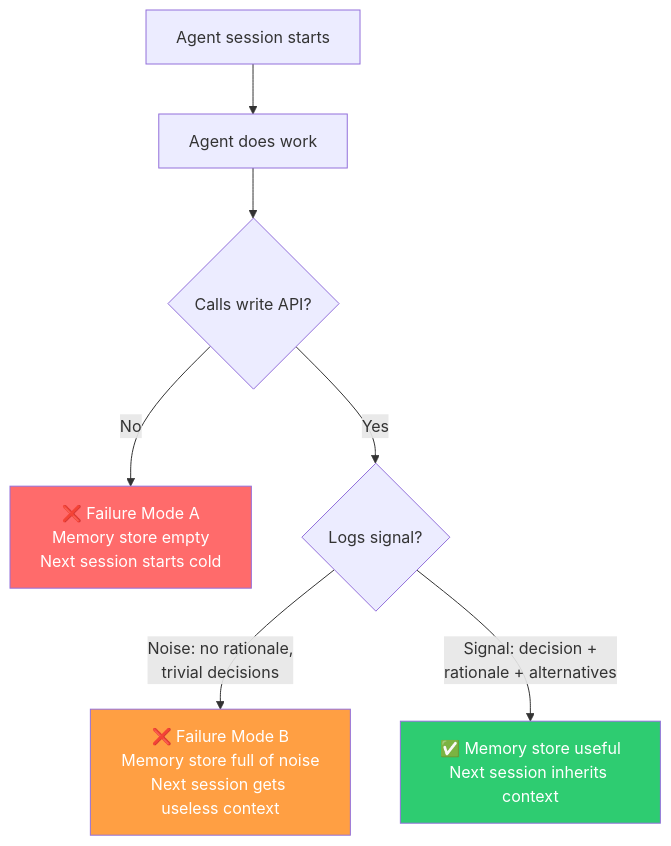
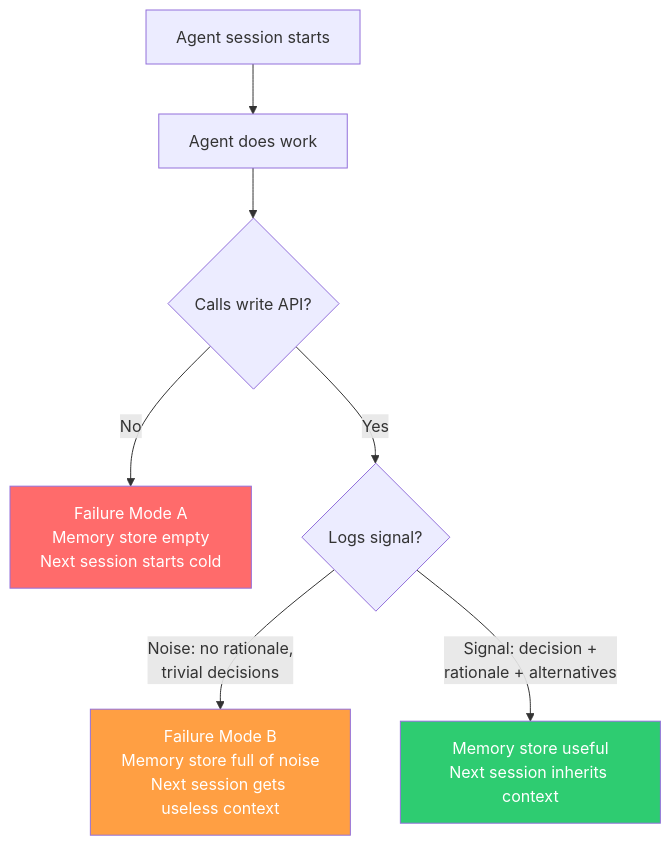
Before and after one commit to skalrn/purpl_brain: the first of 2 diagrams in docs/articles/medium-agent-memory-two-failure-modes.md, drawn with Mermaid. The commit also changed other lines of this file and 204 other files, not shown here.

````diff
--- a/docs/articles/medium-agent-memory-two-failure-modes.md
+++ b/docs/articles/medium-agent-memory-two-failure-modes.md
@@ -32,13 +32,13 @@
 ```mermaid
 flowchart TD
     A[Agent session starts] --> B[Agent does work]
     B --> C{Calls write API?}
-    C -->|No| D[❌ Failure Mode A\nMemory store empty\nNext session starts cold]
+    C -->|No| D[Failure Mode A\nMemory store empty\nNext session starts cold]
     C -->|Yes| E{Logs signal?}
-    E -->|Noise: no rationale,\ntrivial decisions| F[❌ Failure Mode B\nMemory store full of noise\nNext session gets useless context]
-    E -->|Signal: decision +\nrationale + alternatives| G[✅ Memory store useful\nNext session inherits context]
+    E -->|Noise: no rationale,\ntrivial decisions| F[Failure Mode B\nMemory store full of noise\nNext session gets useless context]
+    E -->|Signal: decision +\nrationale + alternatives| G[Memory store useful\nNext session inherits context]
 
     style D fill:#ff6b6b,color:#fff
     style F fill:#ff9f43,color:#fff
     style G fill:#2ecc71,color:#fff
 ```
````
